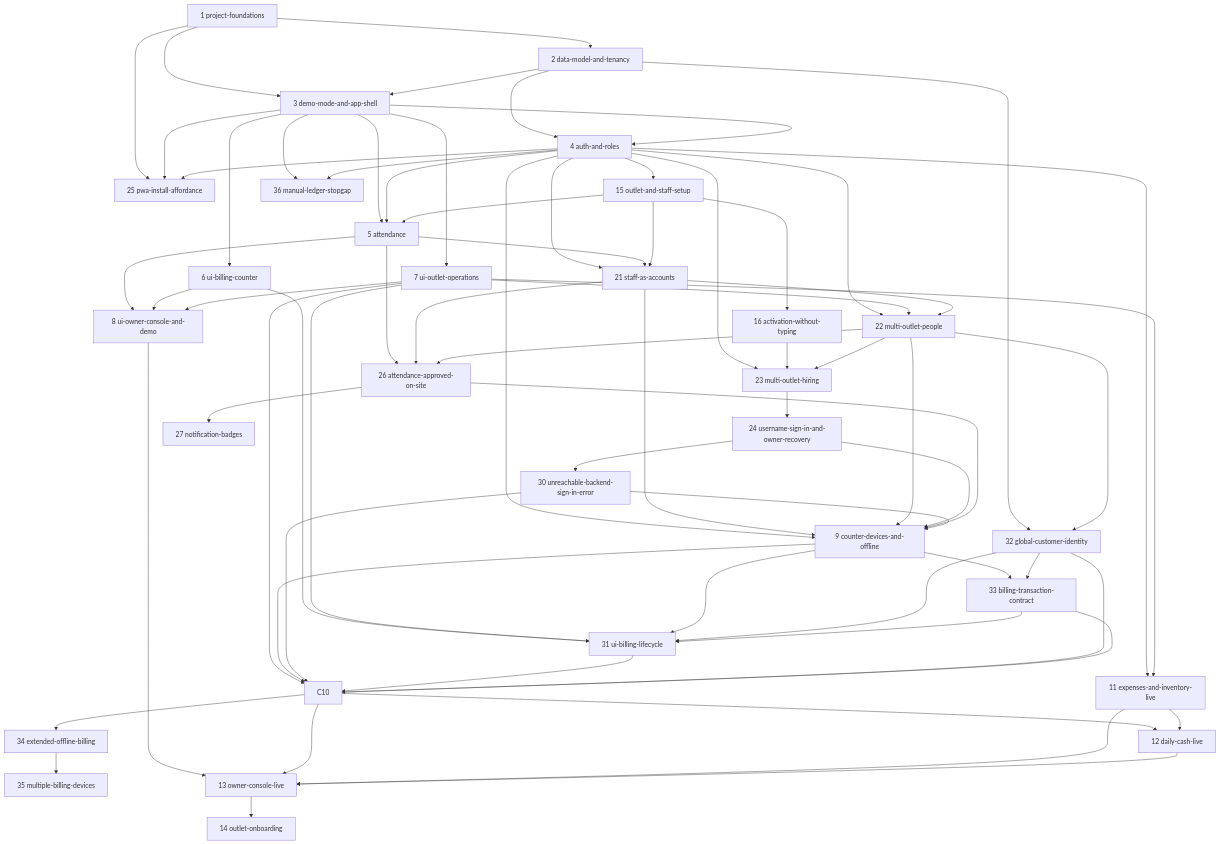
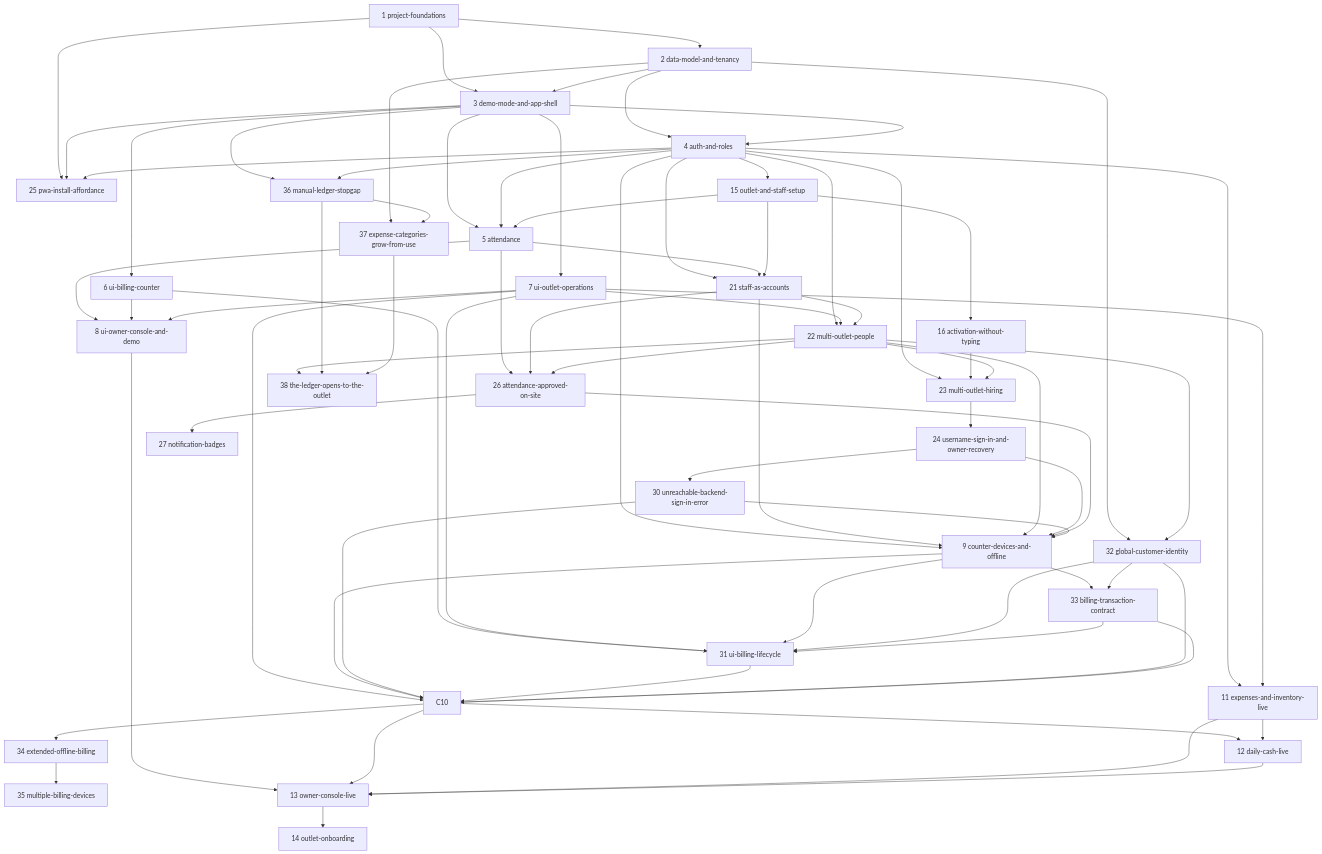
One commit to abdatta/shawarmania-ops changed the diagram in openspec/changes/ROADMAP.md. Above: the diagram before and after it, drawn with Mermaid. The commit also changed other lines of this file and 12 other files, not shown here.

````diff
--- a/openspec/changes/ROADMAP.md
+++ b/openspec/changes/ROADMAP.md
@@ -125,70 +127,75 @@
 ```mermaid
 graph TD
     C1[1 project-foundations] --> C2[2 data-model-and-tenancy]
     C1 --> C3[3 demo-mode-and-app-shell]
     C2 --> C3
     C2 --> C4[4 auth-and-roles]
     C3 --> C4
     C1 --> C25[25 pwa-install-affordance]
     C3 --> C25
     C4 --> C25
     C3 --> C5[5 attendance]
     C4 --> C5
     C4 --> C15[15 outlet-and-staff-setup]
     C15 --> C5
     C15 --> C16[16 activation-without-typing]
     C3 --> C6[6 ui-billing-counter]
     C3 --> C7[7 ui-outlet-operations]
     C5 --> C8[8 ui-owner-console-and-demo]
     C6 --> C8
     C7 --> C8
     C4 --> C21[21 staff-as-accounts]
     C5 --> C21
     C15 --> C21
     C4 --> C22[22 multi-outlet-people]
     C7 --> C22
     C21 --> C22
     C4 --> C23[23 multi-outlet-hiring]
     C16 --> C23
     C22 --> C23
     C23 --> C24[24 username-sign-in-and-owner-recovery]
     C5 --> C26[26 attendance-approved-on-site]
     C21 --> C26
     C22 --> C26
     C26 --> C27[27 notification-badges]
     C24 --> C30[30 unreachable-backend-sign-in-error]
     C2 --> C32[32 global-customer-identity]
     C22 --> C32
     C3 --> C36[36 manual-ledger-stopgap]
     C4 --> C36
+    C2 --> C37[37 expense-categories-grow-from-use]
+    C36 --> C37
+    C22 --> C38[38 the-ledger-opens-to-the-outlet]
+    C36 --> C38
+    C37 --> C38
     C4 --> C9[9 counter-devices-and-offline]
     C21 --> C9
     C22 --> C9
     C24 --> C9
     C26 --> C9
     C30 --> C9
     C9 --> C33[33 billing-transaction-contract]
     C32 --> C33
     C6 --> C31[31 ui-billing-lifecycle]
     C7 --> C31
     C9 --> C31
     C32 --> C31
     C33 --> C31
     C7 --> C10
     C9 --> C10
     C30 --> C10
     C31 --> C10
     C32 --> C10
     C33 --> C10
     C10 --> C34[34 extended-offline-billing]
     C34 --> C35[35 multiple-billing-devices]
     C4 --> C11[11 expenses-and-inventory-live]
     C7 --> C11
     C10 --> C12[12 daily-cash-live]
     C11 --> C12
     C8 --> C13[13 owner-console-live]
     C10 --> C13
     C11 --> C13
     C12 --> C13
     C13 --> C14[14 outlet-onboarding]
 ```
````
